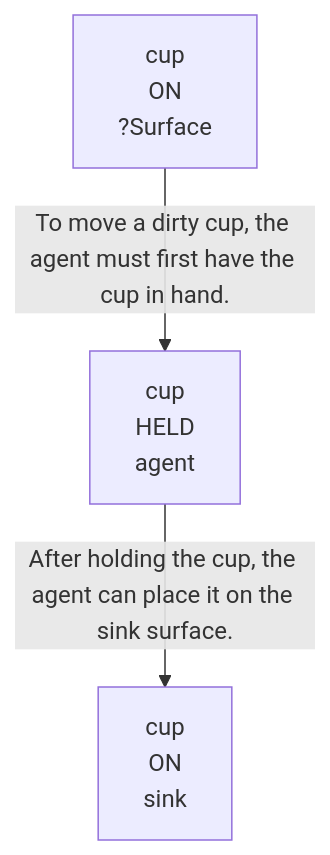
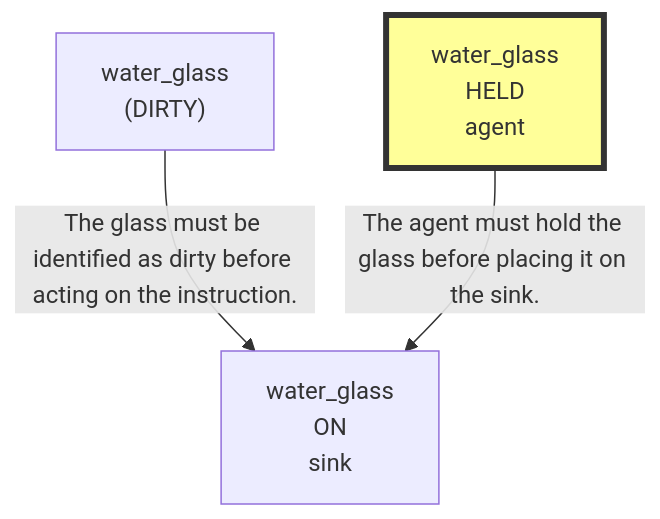
One commit to scuama/virtualhome changed the fourth of 12 diagrams in evaluation/results/table3/robostate/runs/without_memory/M1_03/run_T3_without_memory_M1_03.md. Above: the diagram before and after it, drawn with Mermaid. The commit also changed other lines of this file and 507 other files, not shown here.

````diff
--- a/evaluation/results/table3/robostate/runs/without_memory/M1_03/run_T3_without_memory_M1_03.md
+++ b/evaluation/results/table3/robostate/runs/without_memory/M1_03/run_T3_without_memory_M1_03.md
@@ -104,8 +291,9 @@
 ```mermaid
 graph TD
-    N1["cup<br>ON<br>?Surface"]
-    N2["cup<br>HELD<br>agent"]
-    N3["cup<br>ON<br>sink"]
-    N1 -->|"To move a dirty cup, the agent must first have the cup in hand."| N2
-    N2 -->|"After holding the cup, the agent can place it on the sink surface."| N3
+    N1["water_glass<br>ON<br>sink"]
+    N2["water_glass<br>(DIRTY)"]
+    N3["water_glass<br>HELD<br>agent"]
+    style N3 fill:#ff9,stroke:#333,stroke-width:4px
+    N2 -->|"The glass must be identified as dirty before acting on the instruction."| N1
+    N3 -->|"The agent must hold the glass before placing it on the sink."| N1
 ```
````
